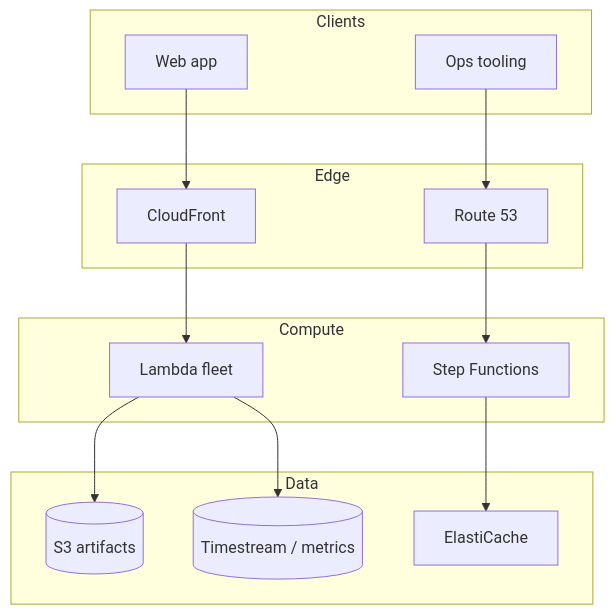
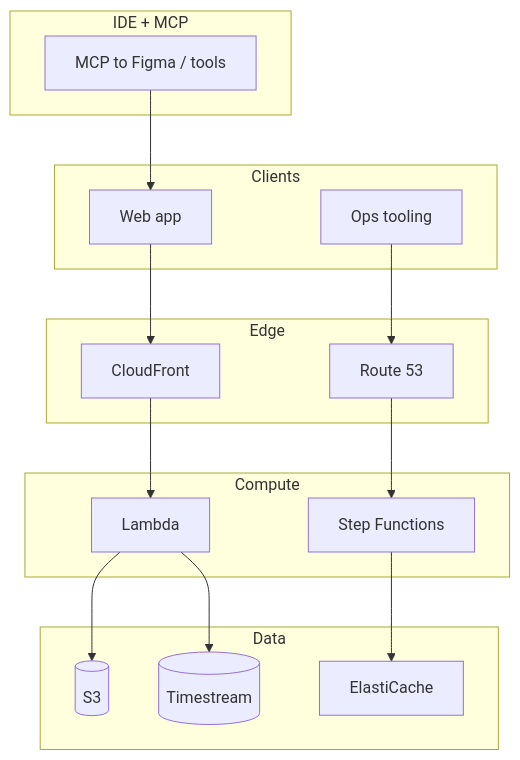
Before and after one commit to tomm1990/tomm1990: the fifth of 6 diagrams in README.md, drawn with Mermaid. The commit also changed other lines of this file, not shown here.

First line of the commit message:
docs(profile): light-theme widgets, stats fix, and mermaid refresh

````diff
--- a/README.md
+++ b/README.md
@@ -258,25 +250,29 @@
 ```mermaid
 flowchart TB
+    subgraph ide["IDE + MCP"]
+        MCP[MCP to Figma / tools]
+    end
     subgraph clients["Clients"]
         U[Web app]
         O[Ops tooling]
     end
     subgraph edge["Edge"]
         CF[CloudFront]
         R53[Route 53]
     end
     subgraph compute["Compute"]
-        L[Lambda fleet]
+        L[Lambda]
         SF[Step Functions]
     end
     subgraph data["Data"]
-        S3[(S3 artifacts)]
-        TS[(Timestream / metrics)]
+        S3[(S3)]
+        TS[(Timestream)]
         C[ElastiCache]
     end
+    MCP --> U
     U --> CF --> L
     O --> R53 --> SF
     L --> S3
     SF --> C
     L --> TS
 ```
````
